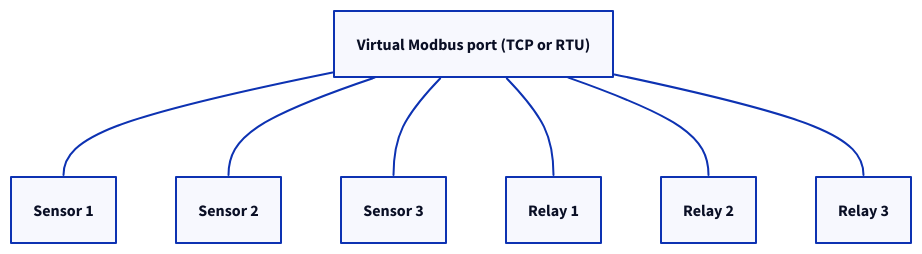
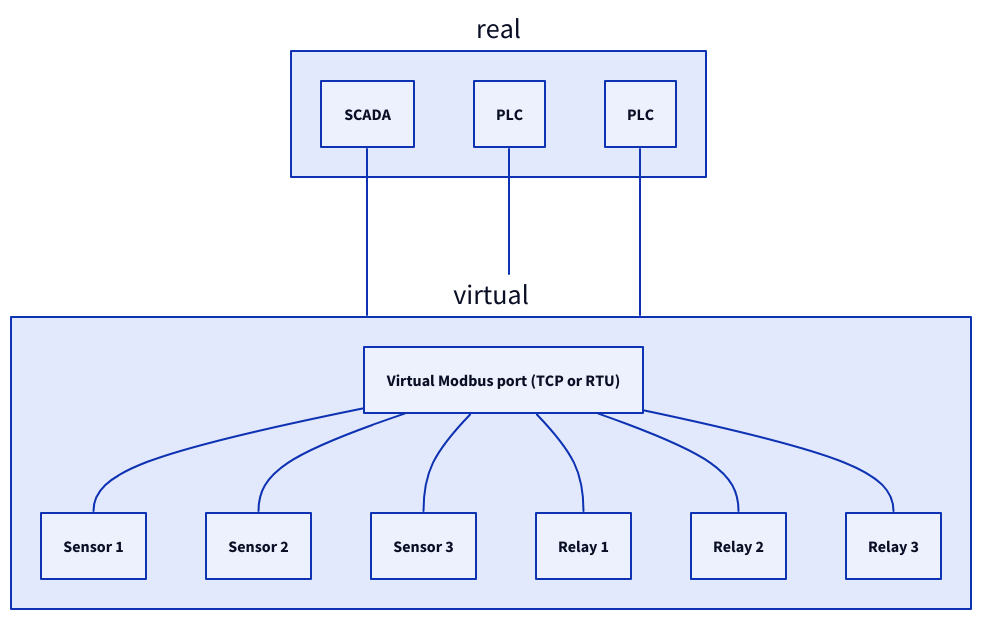
One commit to alttch/bma-info changed the diagram in sim/schemas/modbus.d2. Above: the diagram before and after it, drawn with D2. The commit also changed other lines of this file and 3 other files, not shown here.

```diff
--- a/sim/schemas/modbus.d2
+++ b/sim/schemas/modbus.d2
@@ -1,17 +1,30 @@
-port: Virtual Modbus port (TCP or RTU)
+real {
+  scada: SCADA
+  plc1: PLC
+  plc2: PLC
+}
 
-sensor1: Sensor 1
-sensor2: Sensor 2
-sensor3: Sensor 3
+real.scada -- virtual
+real.plc1 -- virtual
+real.plc2 -- virtual
 
-relay1: Relay 1
-relay2: Relay 2
-relay3: Relay 3
+virtual {
 
-port -- sensor1
-port -- sensor2
-port -- sensor3
+  port: Virtual Modbus port (TCP or RTU)
 
-port -- relay1
-port -- relay2
-port -- relay3
+  sensor1: Sensor 1
+  sensor2: Sensor 2
+  sensor3: Sensor 3
+
+  relay1: Relay 1
+  relay2: Relay 2
+  relay3: Relay 3
+
+  port -- sensor1
+  port -- sensor2
+  port -- sensor3
+
+  port -- relay1
+  port -- relay2
+  port -- relay3
+}
```
